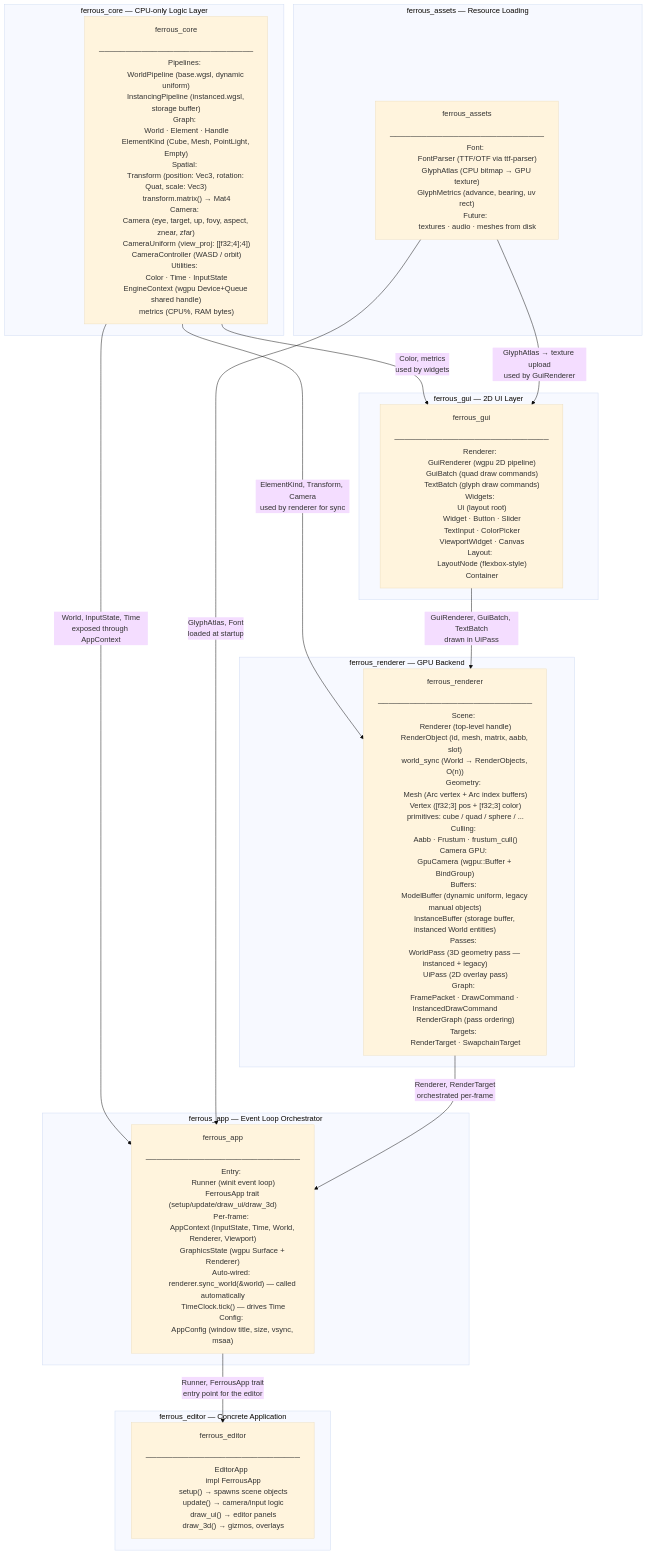
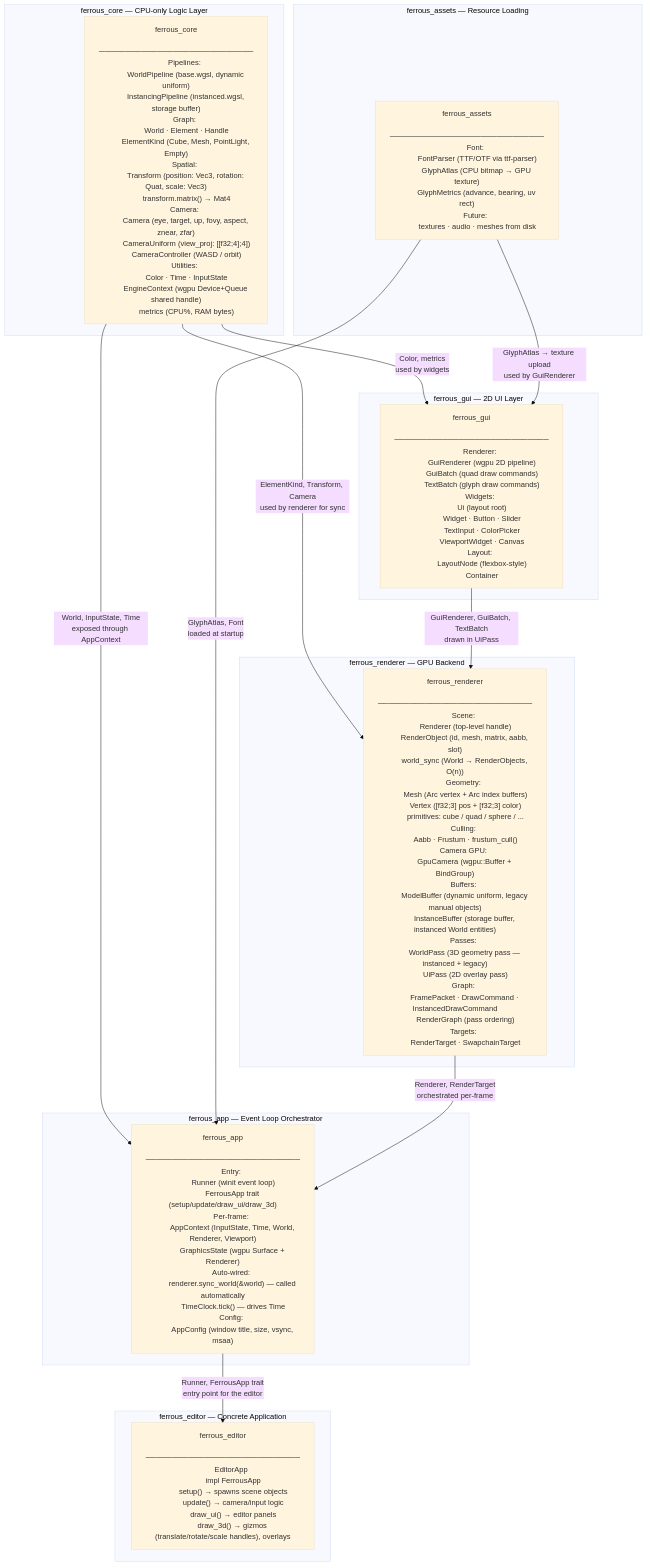
One commit to jvchiappini/FerrousEngine changed the first of 3 diagrams in flowmaps/crate-overview.md. Above: the diagram before and after it, drawn with Mermaid (base theme). The commit also changed 17 other files, not shown here.

First line of the commit message:
feat(gizmo): add support for editor gizmos with rotation, translation, and scaling handles

```diff
--- a/flowmaps/crate-overview.md
+++ b/flowmaps/crate-overview.md
@@ -106,7 +106,7 @@
           setup() → spawns scene objects
           update() → camera/input logic
           draw_ui() → editor panels
-          draw_3d() → gizmos, overlays"]
+          draw_3d() → gizmos (translate/rotate/scale handles), overlays"]
     end
 
     CORE    -->|"ElementKind, Transform, Camera\nused by renderer for sync"| RENDERER
```
